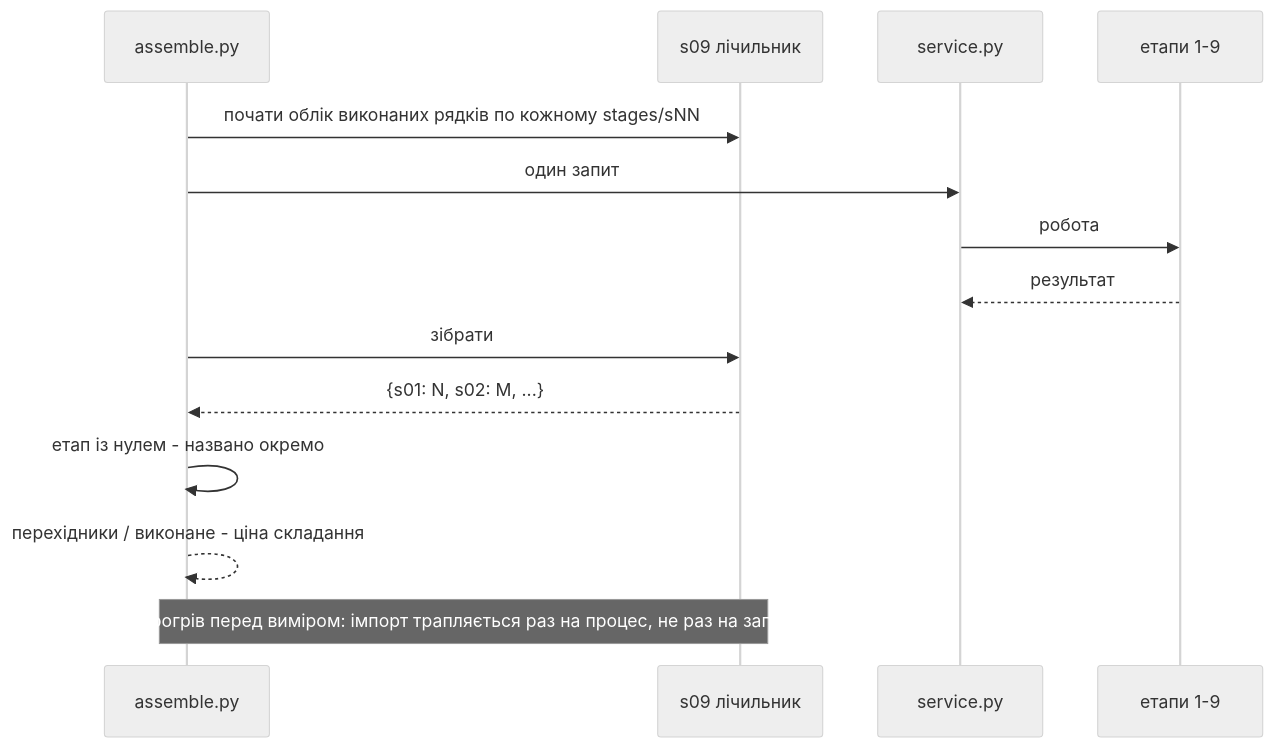
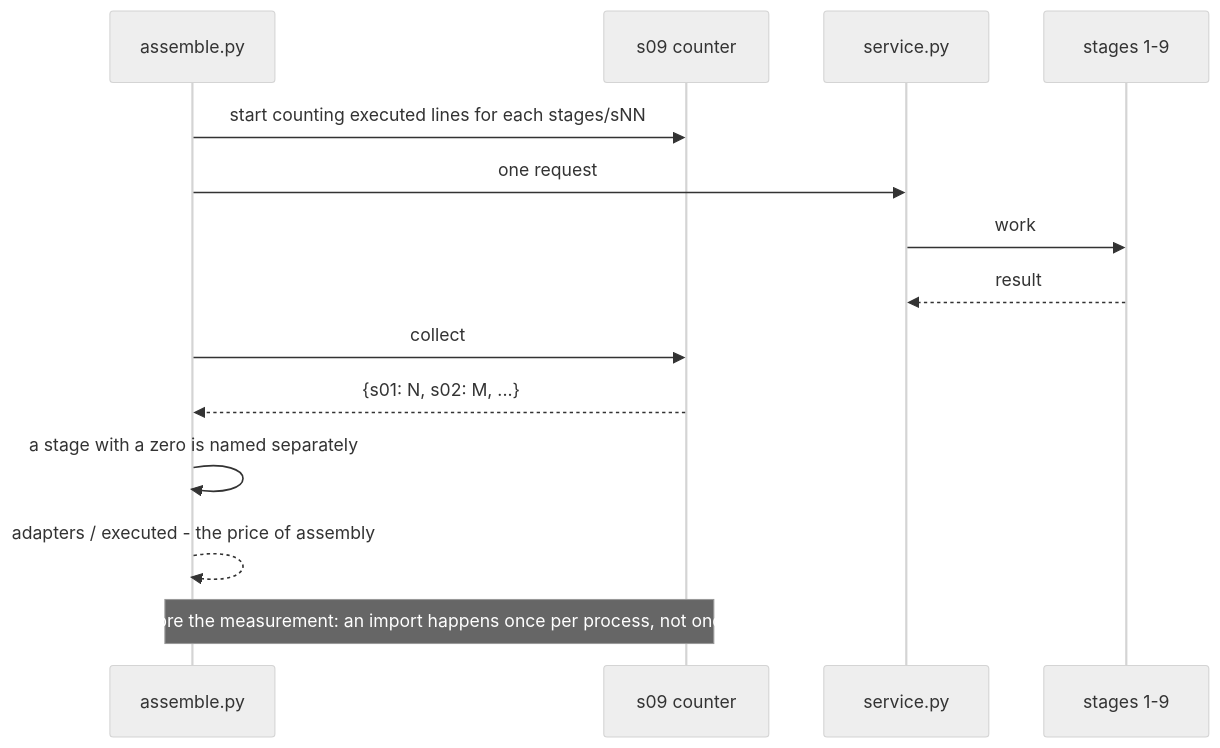
One commit to AZANIR/agentic-ai changed the fourth of 5 diagrams in docs/features/s10-capstone/sad.md. Above: the diagram before and after it, drawn with Mermaid (neutral theme). The commit also changed other lines of this file and 245 other files, not shown here.

````diff
--- a/docs/features/s10-capstone/sad.md
+++ b/docs/features/s10-capstone/sad.md
@@ -194,17 +197,17 @@
 ```mermaid
 sequenceDiagram
     participant A as assemble.py
-    participant C as s09 лічильник
+    participant C as s09 counter
     participant SV as service.py
-    participant P as етапи 1-9
+    participant P as stages 1-9
 
-    A->>C: почати облік виконаних рядків по кожному stages/sNN
-    A->>SV: один запит
-    SV->>P: робота
-    P-->>SV: результат
-    A->>C: зібрати
+    A->>C: start counting executed lines for each stages/sNN
+    A->>SV: one request
+    SV->>P: work
+    P-->>SV: result
+    A->>C: collect
     C-->>A: {s01: N, s02: M, ...}
-    A->>A: етап із нулем - названо окремо
-    A-->>A: перехідники / виконане - ціна складання
-    Note over A,C: Прогрів перед виміром: імпорт трапляється раз на процес, не раз на запит
+    A->>A: a stage with a zero is named separately
+    A-->>A: adapters / executed - the price of assembly
+    Note over A,C: Warm-up before the measurement: an import happens once per process, not once per request
 ```
````
